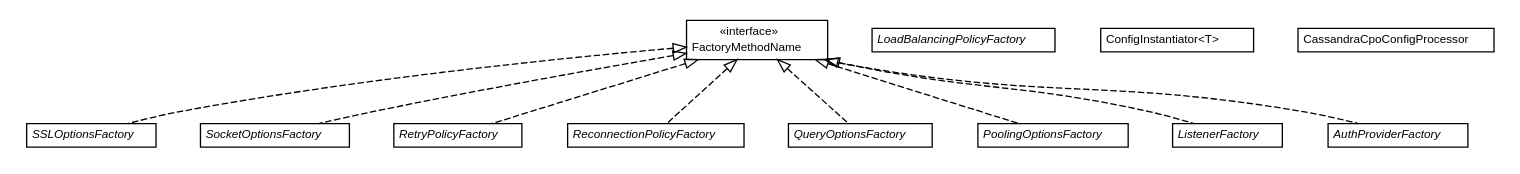
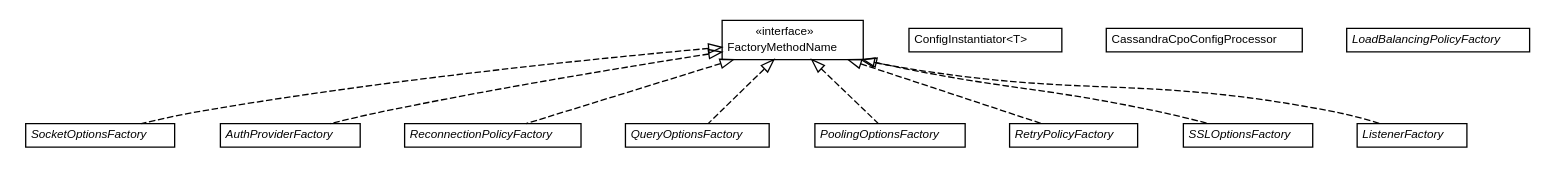
The diagram in site/apidocs/org/synchronoss/cpo/cassandra/config/org.synchronoss.cpo.cassandra.config.dot (synchronoss/cpo-api), drawn with Graphviz before and after one commit. The commit also changed 1756 other files, not shown here.

```diff
--- a/site/apidocs/org/synchronoss/cpo/cassandra/config/org.synchronoss.cpo.cassandra.config.dot
+++ b/site/apidocs/org/synchronoss/cpo/cassandra/config/org.synchronoss.cpo.cassandra.config.dot
@@ -1,99 +1,99 @@
 #!/usr/local/bin/dot
 #
 # Class diagram 
 # Generated by UmlGraph version 4.6 (http://www.spinellis.gr/sw/umlgraph)
 #
 
 digraph G {
 	edge [fontname="Helvetica",fontsize=10,labelfontname="Helvetica",labelfontsize=10];
 	node [fontname="Helvetica",fontsize=10,shape=plaintext];
-	// org.synchronoss.cpo.cassandra.config.SSLOptionsFactory
-	c5736 [label=<<table border="0" cellborder="1" cellspacing="0" cellpadding="2" port="p" href="./SSLOptionsFactory.html">
-		<tr><td><table border="0" cellspacing="0" cellpadding="1">
-			<tr><td><font face="Helvetica-Oblique"> SSLOptionsFactory </font></td></tr>
-		</table></td></tr>
-		</table>>, fontname="Helvetica", fontcolor="black", fontsize=9.0];
 	// org.synchronoss.cpo.cassandra.config.SocketOptionsFactory
-	c5737 [label=<<table border="0" cellborder="1" cellspacing="0" cellpadding="2" port="p" href="./SocketOptionsFactory.html">
+	c5951 [label=<<table border="0" cellborder="1" cellspacing="0" cellpadding="2" port="p" href="./SocketOptionsFactory.html">
 		<tr><td><table border="0" cellspacing="0" cellpadding="1">
 			<tr><td><font face="Helvetica-Oblique"> SocketOptionsFactory </font></td></tr>
 		</table></td></tr>
 		</table>>, fontname="Helvetica", fontcolor="black", fontsize=9.0];
-	// org.synchronoss.cpo.cassandra.config.RetryPolicyFactory
-	c5738 [label=<<table border="0" cellborder="1" cellspacing="0" cellpadding="2" port="p" href="./RetryPolicyFactory.html">
+	// org.synchronoss.cpo.cassandra.config.AuthProviderFactory
+	c5952 [label=<<table border="0" cellborder="1" cellspacing="0" cellpadding="2" port="p" href="./AuthProviderFactory.html">
 		<tr><td><table border="0" cellspacing="0" cellpadding="1">
-			<tr><td><font face="Helvetica-Oblique"> RetryPolicyFactory </font></td></tr>
+			<tr><td><font face="Helvetica-Oblique"> AuthProviderFactory </font></td></tr>
+		</table></td></tr>
+		</table>>, fontname="Helvetica", fontcolor="black", fontsize=9.0];
+	// org.synchronoss.cpo.cassandra.config.FactoryMethodName
+	c5953 [label=<<table border="0" cellborder="1" cellspacing="0" cellpadding="2" port="p" href="./FactoryMethodName.html">
+		<tr><td><table border="0" cellspacing="0" cellpadding="1">
+			<tr><td> &laquo;interface&raquo; </td></tr>
+			<tr><td> FactoryMethodName </td></tr>
 		</table></td></tr>
 		</table>>, fontname="Helvetica", fontcolor="black", fontsize=9.0];
 	// org.synchronoss.cpo.cassandra.config.ReconnectionPolicyFactory
-	c5739 [label=<<table border="0" cellborder="1" cellspacing="0" cellpadding="2" port="p" href="./ReconnectionPolicyFactory.html">
+	c5954 [label=<<table border="0" cellborder="1" cellspacing="0" cellpadding="2" port="p" href="./ReconnectionPolicyFactory.html">
 		<tr><td><table border="0" cellspacing="0" cellpadding="1">
 			<tr><td><font face="Helvetica-Oblique"> ReconnectionPolicyFactory </font></td></tr>
 		</table></td></tr>
 		</table>>, fontname="Helvetica", fontcolor="black", fontsize=9.0];
+	// org.synchronoss.cpo.cassandra.config.ConfigInstantiator<T>
+	c5955 [label=<<table border="0" cellborder="1" cellspacing="0" cellpadding="2" port="p" href="./ConfigInstantiator.html">
+		<tr><td><table border="0" cellspacing="0" cellpadding="1">
+			<tr><td> ConfigInstantiator&lt;T&gt; </td></tr>
+		</table></td></tr>
+		</table>>, fontname="Helvetica", fontcolor="black", fontsize=9.0];
 	// org.synchronoss.cpo.cassandra.config.QueryOptionsFactory
-	c5740 [label=<<table border="0" cellborder="1" cellspacing="0" cellpadding="2" port="p" href="./QueryOptionsFactory.html">
+	c5956 [label=<<table border="0" cellborder="1" cellspacing="0" cellpadding="2" port="p" href="./QueryOptionsFactory.html">
 		<tr><td><table border="0" cellspacing="0" cellpadding="1">
 			<tr><td><font face="Helvetica-Oblique"> QueryOptionsFactory </font></td></tr>
 		</table></td></tr>
 		</table>>, fontname="Helvetica", fontcolor="black", fontsize=9.0];
 	// org.synchronoss.cpo.cassandra.config.PoolingOptionsFactory
-	c5741 [label=<<table border="0" cellborder="1" cellspacing="0" cellpadding="2" port="p" href="./PoolingOptionsFactory.html">
+	c5957 [label=<<table border="0" cellborder="1" cellspacing="0" cellpadding="2" port="p" href="./PoolingOptionsFactory.html">
 		<tr><td><table border="0" cellspacing="0" cellpadding="1">
 			<tr><td><font face="Helvetica-Oblique"> PoolingOptionsFactory </font></td></tr>
 		</table></td></tr>
 		</table>>, fontname="Helvetica", fontcolor="black", fontsize=9.0];
+	// org.synchronoss.cpo.cassandra.config.RetryPolicyFactory
+	c5958 [label=<<table border="0" cellborder="1" cellspacing="0" cellpadding="2" port="p" href="./RetryPolicyFactory.html">
+		<tr><td><table border="0" cellspacing="0" cellpadding="1">
+			<tr><td><font face="Helvetica-Oblique"> RetryPolicyFactory </font></td></tr>
+		</table></td></tr>
+		</table>>, fontname="Helvetica", fontcolor="black", fontsize=9.0];
+	// org.synchronoss.cpo.cassandra.config.CassandraCpoConfigProcessor
+	c5959 [label=<<table border="0" cellborder="1" cellspacing="0" cellpadding="2" port="p" href="./CassandraCpoConfigProcessor.html">
+		<tr><td><table border="0" cellspacing="0" cellpadding="1">
+			<tr><td> CassandraCpoConfigProcessor </td></tr>
+		</table></td></tr>
+		</table>>, fontname="Helvetica", fontcolor="black", fontsize=9.0];
 	// org.synchronoss.cpo.cassandra.config.LoadBalancingPolicyFactory
-	c5742 [label=<<table border="0" cellborder="1" cellspacing="0" cellpadding="2" port="p" href="./LoadBalancingPolicyFactory.html">
+	c5960 [label=<<table border="0" cellborder="1" cellspacing="0" cellpadding="2" port="p" href="./LoadBalancingPolicyFactory.html">
 		<tr><td><table border="0" cellspacing="0" cellpadding="1">
 			<tr><td><font face="Helvetica-Oblique"> LoadBalancingPolicyFactory </font></td></tr>
 		</table></td></tr>
 		</table>>, fontname="Helvetica", fontcolor="black", fontsize=9.0];
+	// org.synchronoss.cpo.cassandra.config.SSLOptionsFactory
+	c5961 [label=<<table border="0" cellborder="1" cellspacing="0" cellpadding="2" port="p" href="./SSLOptionsFactory.html">
+		<tr><td><table border="0" cellspacing="0" cellpadding="1">
+			<tr><td><font face="Helvetica-Oblique"> SSLOptionsFactory </font></td></tr>
+		</table></td></tr>
+		</table>>, fontname="Helvetica", fontcolor="black", fontsize=9.0];
 	// org.synchronoss.cpo.cassandra.config.ListenerFactory
-	c5743 [label=<<table border="0" cellborder="1" cellspacing="0" cellpadding="2" port="p" href="./ListenerFactory.html">
+	c5962 [label=<<table border="0" cellborder="1" cellspacing="0" cellpadding="2" port="p" href="./ListenerFactory.html">
 		<tr><td><table border="0" cellspacing="0" cellpadding="1">
 			<tr><td><font face="Helvetica-Oblique"> ListenerFactory </font></td></tr>
 		</table></td></tr>
 		</table>>, fontname="Helvetica", fontcolor="black", fontsize=9.0];
-	// org.synchronoss.cpo.cassandra.config.FactoryMethodName
-	c5744 [label=<<table border="0" cellborder="1" cellspacing="0" cellpadding="2" port="p" href="./FactoryMethodName.html">
-		<tr><td><table border="0" cellspacing="0" cellpadding="1">
-			<tr><td> &laquo;interface&raquo; </td></tr>
-			<tr><td> FactoryMethodName </td></tr>
-		</table></td></tr>
-		</table>>, fontname="Helvetica", fontcolor="black", fontsize=9.0];
-	// org.synchronoss.cpo.cassandra.config.ConfigInstantiator<T>
-	c5745 [label=<<table border="0" cellborder="1" cellspacing="0" cellpadding="2" port="p" href="./ConfigInstantiator.html">
-		<tr><td><table border="0" cellspacing="0" cellpadding="1">
-			<tr><td> ConfigInstantiator&lt;T&gt; </td></tr>
-		</table></td></tr>
-		</table>>, fontname="Helvetica", fontcolor="black", fontsize=9.0];
-	// org.synchronoss.cpo.cassandra.config.CassandraCpoConfigProcessor
-	c5746 [label=<<table border="0" cellborder="1" cellspacing="0" cellpadding="2" port="p" href="./CassandraCpoConfigProcessor.html">
-		<tr><td><table border="0" cellspacing="0" cellpadding="1">
-			<tr><td> CassandraCpoConfigProcessor </td></tr>
-		</table></td></tr>
-		</table>>, fontname="Helvetica", fontcolor="black", fontsize=9.0];
-	// org.synchronoss.cpo.cassandra.config.AuthProviderFactory
-	c5747 [label=<<table border="0" cellborder="1" cellspacing="0" cellpadding="2" port="p" href="./AuthProviderFactory.html">
-		<tr><td><table border="0" cellspacing="0" cellpadding="1">
-			<tr><td><font face="Helvetica-Oblique"> AuthProviderFactory </font></td></tr>
-		</table></td></tr>
-		</table>>, fontname="Helvetica", fontcolor="black", fontsize=9.0];
+	//org.synchronoss.cpo.cassandra.config.SocketOptionsFactory implements org.synchronoss.cpo.cassandra.config.FactoryMethodName
+	c5953:p -> c5951:p [dir=back,arrowtail=empty,style=dashed];
+	//org.synchronoss.cpo.cassandra.config.AuthProviderFactory implements org.synchronoss.cpo.cassandra.config.FactoryMethodName
+	c5953:p -> c5952:p [dir=back,arrowtail=empty,style=dashed];
+	//org.synchronoss.cpo.cassandra.config.ReconnectionPolicyFactory implements org.synchronoss.cpo.cassandra.config.FactoryMethodName
+	c5953:p -> c5954:p [dir=back,arrowtail=empty,style=dashed];
+	//org.synchronoss.cpo.cassandra.config.QueryOptionsFactory implements org.synchronoss.cpo.cassandra.config.FactoryMethodName
+	c5953:p -> c5956:p [dir=back,arrowtail=empty,style=dashed];
+	//org.synchronoss.cpo.cassandra.config.PoolingOptionsFactory implements org.synchronoss.cpo.cassandra.config.FactoryMethodName
+	c5953:p -> c5957:p [dir=back,arrowtail=empty,style=dashed];
+	//org.synchronoss.cpo.cassandra.config.RetryPolicyFactory implements org.synchronoss.cpo.cassandra.config.FactoryMethodName
+	c5953:p -> c5958:p [dir=back,arrowtail=empty,style=dashed];
 	//org.synchronoss.cpo.cassandra.config.SSLOptionsFactory implements org.synchronoss.cpo.cassandra.config.FactoryMethodName
-	c5744:p -> c5736:p [dir=back,arrowtail=empty,style=dashed];
-	//org.synchronoss.cpo.cassandra.config.SocketOptionsFactory implements org.synchronoss.cpo.cassandra.config.FactoryMethodName
-	c5744:p -> c5737:p [dir=back,arrowtail=empty,style=dashed];
-	//org.synchronoss.cpo.cassandra.config.RetryPolicyFactory implements org.synchronoss.cpo.cassandra.config.FactoryMethodName
-	c5744:p -> c5738:p [dir=back,arrowtail=empty,style=dashed];
-	//org.synchronoss.cpo.cassandra.config.ReconnectionPolicyFactory implements org.synchronoss.cpo.cassandra.config.FactoryMethodName
-	c5744:p -> c5739:p [dir=back,arrowtail=empty,style=dashed];
-	//org.synchronoss.cpo.cassandra.config.QueryOptionsFactory implements org.synchronoss.cpo.cassandra.config.FactoryMethodName
-	c5744:p -> c5740:p [dir=back,arrowtail=empty,style=dashed];
-	//org.synchronoss.cpo.cassandra.config.PoolingOptionsFactory implements org.synchronoss.cpo.cassandra.config.FactoryMethodName
-	c5744:p -> c5741:p [dir=back,arrowtail=empty,style=dashed];
+	c5953:p -> c5961:p [dir=back,arrowtail=empty,style=dashed];
 	//org.synchronoss.cpo.cassandra.config.ListenerFactory implements org.synchronoss.cpo.cassandra.config.FactoryMethodName
-	c5744:p -> c5743:p [dir=back,arrowtail=empty,style=dashed];
-	//org.synchronoss.cpo.cassandra.config.AuthProviderFactory implements org.synchronoss.cpo.cassandra.config.FactoryMethodName
-	c5744:p -> c5747:p [dir=back,arrowtail=empty,style=dashed];
+	c5953:p -> c5962:p [dir=back,arrowtail=empty,style=dashed];
 }
```
